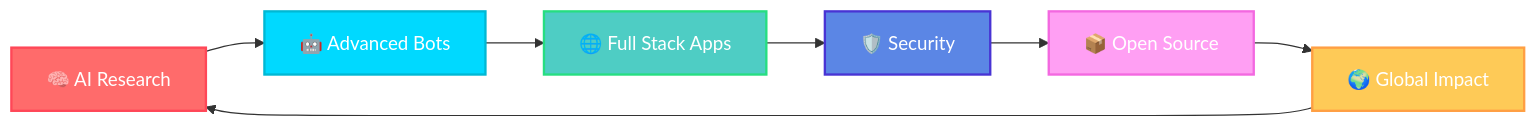
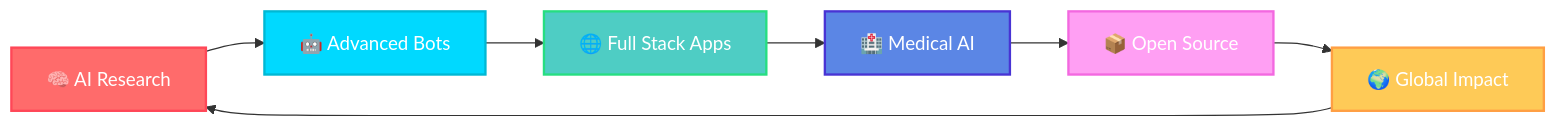
Before and after one commit to DenxVil/DenxVil: the diagram in README.md, drawn with Mermaid. The commit also changed other lines of this file, not shown here.

````diff
--- a/README.md
+++ b/README.md
@@ -317,16 +362,16 @@
 ```mermaid
 graph LR
     A[🧠 AI Research] --> B[🤖 Advanced Bots]
     B --> C[🌐 Full Stack Apps]
-    C --> D[🛡️ Security]
+    C --> D[🏥 Medical AI]
     D --> E[📦 Open Source]
     E --> F[🌍 Global Impact]
     F --> A
     
     style A fill:#ff6b6b,stroke:#ff4757,stroke-width:2px,color:#fff
     style B fill:#00d9ff,stroke:#00b8d4,stroke-width:2px,color:#fff
     style C fill:#4ecdc4,stroke:#26de81,stroke-width:2px,color:#fff
     style D fill:#5b86e5,stroke:#4834d4,stroke-width:2px,color:#fff
     style E fill:#ff9ff3,stroke:#f368e0,stroke-width:2px,color:#fff
     style F fill:#feca57,stroke:#ff9f43,stroke-width:2px,color:#fff
 ```
````
